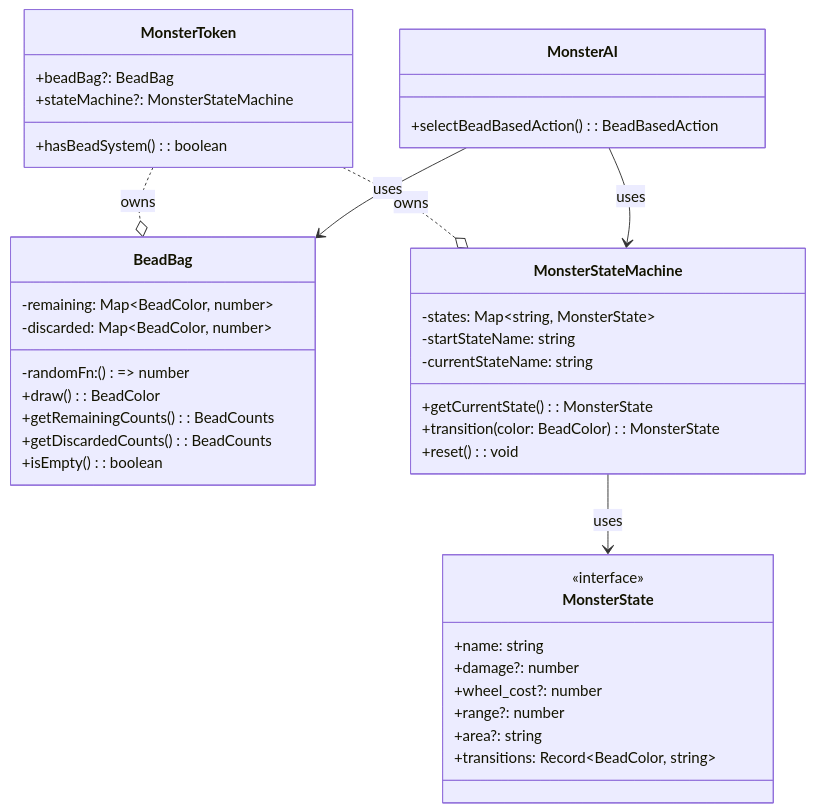
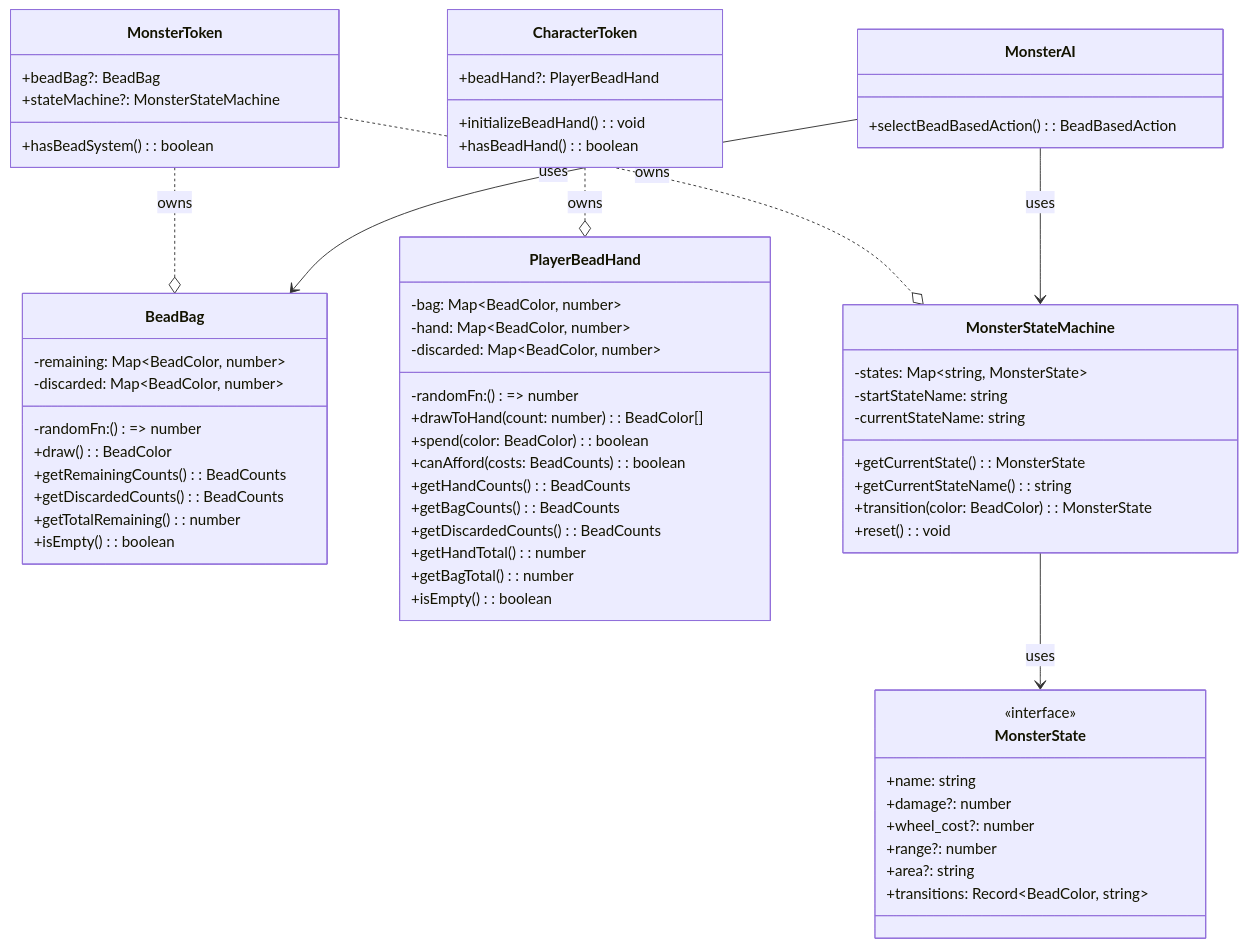
One commit to Dpothier/tabletop-workshop changed the first of 3 diagrams in docs/architecture/bead-system.md. Above: the diagram before and after it, drawn with Mermaid. The commit also changed other lines of this file and 10 other files, not shown here.

First line of the commit message:
feat: implement PlayerBeadHand system (Step 3)

````diff
--- a/docs/architecture/bead-system.md
+++ b/docs/architecture/bead-system.md
@@ -23,47 +26,72 @@
 ```mermaid
 classDiagram
     class BeadBag {
         -remaining: Map~BeadColor, number~
         -discarded: Map~BeadColor, number~
         -randomFn: () => number
         +draw(): BeadColor
         +getRemainingCounts(): BeadCounts
         +getDiscardedCounts(): BeadCounts
+        +getTotalRemaining(): number
+        +isEmpty(): boolean
+    }
+
+    class PlayerBeadHand {
+        -bag: Map~BeadColor, number~
+        -hand: Map~BeadColor, number~
+        -discarded: Map~BeadColor, number~
+        -randomFn: () => number
+        +drawToHand(count: number): BeadColor[]
+        +spend(color: BeadColor): boolean
+        +canAfford(costs: BeadCounts): boolean
+        +getHandCounts(): BeadCounts
+        +getBagCounts(): BeadCounts
+        +getDiscardedCounts(): BeadCounts
+        +getHandTotal(): number
+        +getBagTotal(): number
         +isEmpty(): boolean
     }
 
     class MonsterStateMachine {
         -states: Map~string, MonsterState~
         -startStateName: string
         -currentStateName: string
         +getCurrentState(): MonsterState
+        +getCurrentStateName(): string
         +transition(color: BeadColor): MonsterState
         +reset(): void
     }
 
     class MonsterState {
         <<interface>>
         +name: string
         +damage?: number
         +wheel_cost?: number
         +range?: number
         +area?: string
         +transitions: Record~BeadColor, string~
     }
 
     class MonsterToken {
         +beadBag?: BeadBag
         +stateMachine?: MonsterStateMachine
         +hasBeadSystem(): boolean
     }
 
+    class CharacterToken {
+        +beadHand?: PlayerBeadHand
+        +initializeBeadHand(): void
+        +hasBeadHand(): boolean
+    }
+
     class MonsterAI {
         +selectBeadBasedAction(): BeadBasedAction
     }
 
     MonsterStateMachine --> MonsterState : uses
     MonsterToken ..o BeadBag : owns
     MonsterToken ..o MonsterStateMachine : owns
     MonsterAI --> BeadBag : uses
     MonsterAI --> MonsterStateMachine : uses
+    CharacterToken ..o PlayerBeadHand : owns
 ```
````
